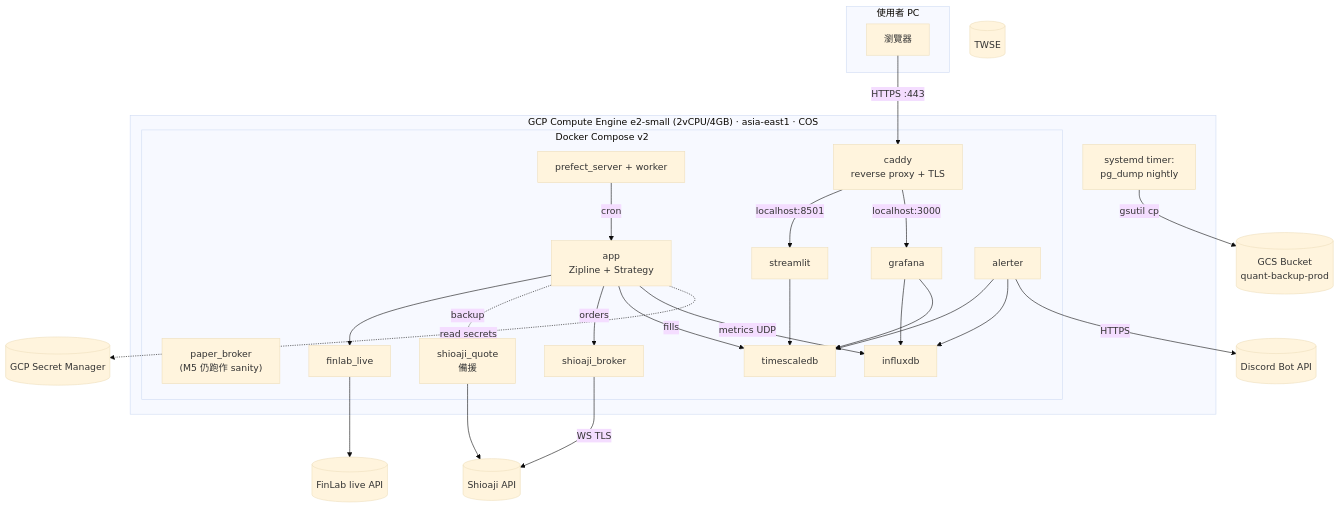
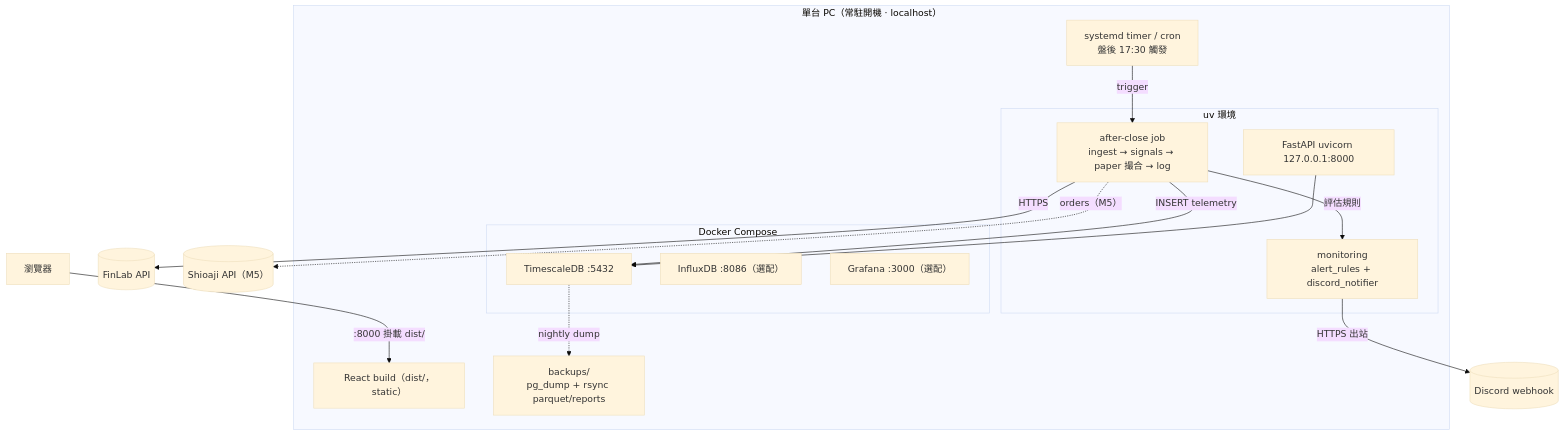
One commit to Zenobia000/Quantitative_Trading changed the second of 2 diagrams in dev_docs/23_deployment_topology.md. Above: the diagram before and after it, drawn with Mermaid (base theme). The commit also changed other lines of this file and 51 other files, not shown here.

````diff
--- a/dev_docs/23_deployment_topology.md
+++ b/dev_docs/23_deployment_topology.md
@@ -211,55 +84,32 @@
 ```mermaid
 flowchart TB
-    subgraph gcp["GCP Compute Engine e2-small (2vCPU/4GB) · asia-east1 · COS"]
-        subgraph dockerd5["Docker Compose v2"]
-            app5["app<br/>Zipline + Strategy"]
-            paper5["paper_broker<br/>(M5 仍跑作 sanity)"]
-            shio5["shioaji_broker"]
-            live_feed5["finlab_live"]
-            shio_quote5["shioaji_quote<br/>備援"]
-            scheduler5["prefect_server + worker"]
-            tsdb5["timescaledb"]
-            influx5["influxdb"]
-            grafana5["grafana"]
-            streamlit5["streamlit"]
-            alerter5["alerter"]
-            caddy["caddy<br/>reverse proxy + TLS"]
+    subgraph host["單台 PC（常駐開機 · localhost）"]
+        timer["systemd timer / cron<br/>盤後 17:30 觸發"]
+        subgraph uvenv["uv 環境"]
+            job["after-close job<br/>ingest → signals → paper 撮合 → log"]
+            api["FastAPI uvicorn 127.0.0.1:8000"]
+            alerter["monitoring<br/>alert_rules + discord_notifier"]
         end
-        cron5["systemd timer:<br/>pg_dump nightly"]
+        static["React build（dist/，static）"]
+        subgraph docker["Docker Compose"]
+            tsdb["TimescaleDB :5432"]
+            influx["InfluxDB :8086（選配）"]
+            grafana["Grafana :3000（選配）"]
+        end
+        backup["backups/<br/>pg_dump + rsync parquet/reports"]
     end
 
-    subgraph user_pc["使用者 PC"]
-        browser["瀏覽器"]
-    end
+    finlab[("FinLab API")]
+    discord[("Discord webhook")]
+    shioaji[("Shioaji API（M5）")]
 
-    finlab[("FinLab live API")]
-    twse[("TWSE")]
-    shioaji[("Shioaji API")]
-    discord[("Discord Bot API")]
-    gcs[("GCS Bucket<br/>quant-backup-prod")]
-    gcp_sm[("GCP Secret Manager")]
-
-    browser -->|"HTTPS :443"| caddy
-    caddy -->|"localhost:8501"| streamlit5
-    caddy -->|"localhost:3000"| grafana5
-    streamlit5 --> tsdb5
-    grafana5 --> influx5
-    grafana5 --> tsdb5
-
-    scheduler5 -->|"cron"| app5
-    app5 --> live_feed5
-    live_feed5 --> finlab
-    app5 -.->|"backup"| shio_quote5
-    shio_quote5 --> shioaji
-    app5 -->|"orders"| shio5
-    shio5 -->|"WS TLS"| shioaji
-    app5 -->|"fills"| tsdb5
-    app5 -->|"metrics UDP"| influx5
-
-    alerter5 --> tsdb5
-    alerter5 --> influx5
-    alerter5 -->|"HTTPS"| discord
-
-    cron5 -->|"gsutil cp"| gcs
-    app5 -.->|"read secrets"| gcp_sm
+    timer -->|"trigger"| job
+    job -->|"HTTPS"| finlab
+    job -->|"INSERT telemetry"| tsdb
+    job -->|"評估規則"| alerter
+    alerter -->|"HTTPS 出站"| discord
+    api --> tsdb
+    browser["瀏覽器"] -->|":8000 掛載 dist/"| static
+    tsdb -.->|"nightly dump"| backup
+    job -.->|"orders（M5）"| shioaji
 ```
````
